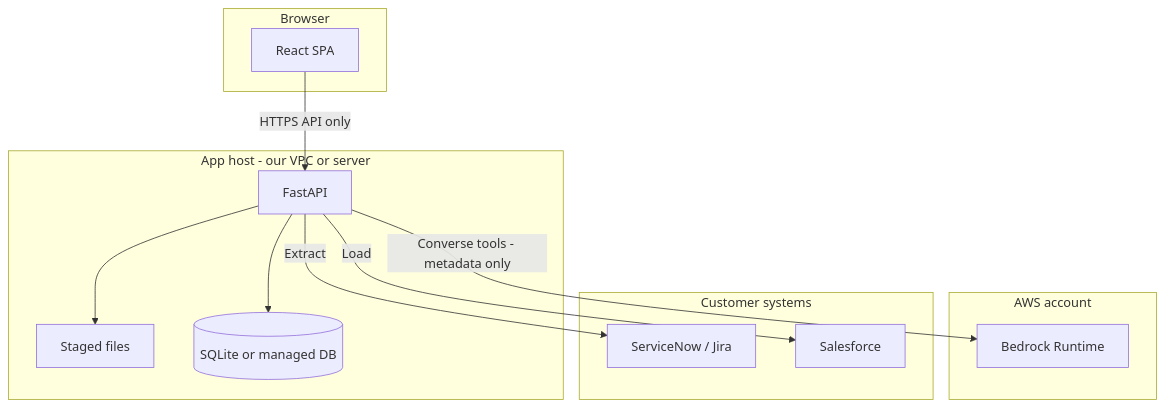
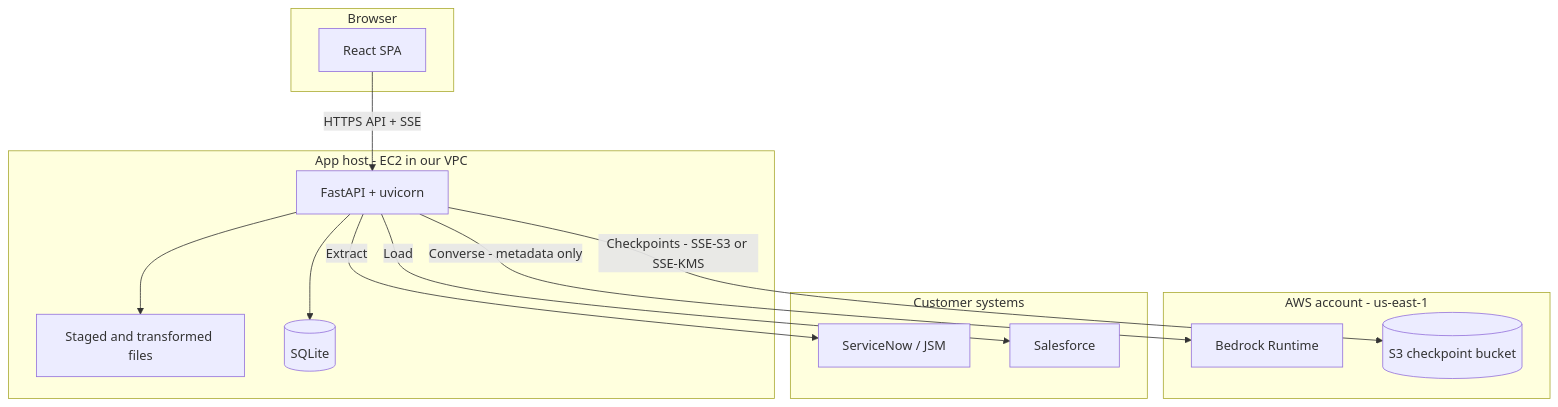
The tenth of 10 diagrams in docs/ARCHITECTURE.md (shahid-rawther/SF-Data-Migration-LLM), drawn with Mermaid before and after one commit. The commit also changed other lines of this file and 76 other files, not shown here.

````diff
--- a/docs/ARCHITECTURE.md
+++ b/docs/ARCHITECTURE.md
@@ -308,28 +681,30 @@
 ```mermaid
 flowchart TB
   subgraph browser [Browser]
     SPA[React SPA]
   end
 
-  subgraph app_host [App host - our VPC or server]
-    API[FastAPI]
-    Files[Staged files]
-    DB[(SQLite or managed DB)]
+  subgraph app_host [App host - EC2 in our VPC]
+    API[FastAPI + uvicorn]
+    Files[Staged and transformed files]
+    DB[(SQLite)]
   end
 
-  subgraph aws [AWS account]
+  subgraph aws [AWS account - us-east-1]
     BR[Bedrock Runtime]
+    S3[(S3 checkpoint bucket)]
   end
 
   subgraph external [Customer systems]
-    SN[ServiceNow / Jira]
+    SN[ServiceNow / JSM]
     SF[Salesforce]
   end
 
-  SPA -->|HTTPS API only| API
+  SPA -->|HTTPS API + SSE| API
   API -->|Extract| SN
   API -->|Load| SF
-  API -->|Converse tools - metadata only| BR
+  API -->|Converse - metadata only| BR
+  API -->|Checkpoints - SSE-S3 or SSE-KMS| S3
   API --> Files
   API --> DB
 ```
````
